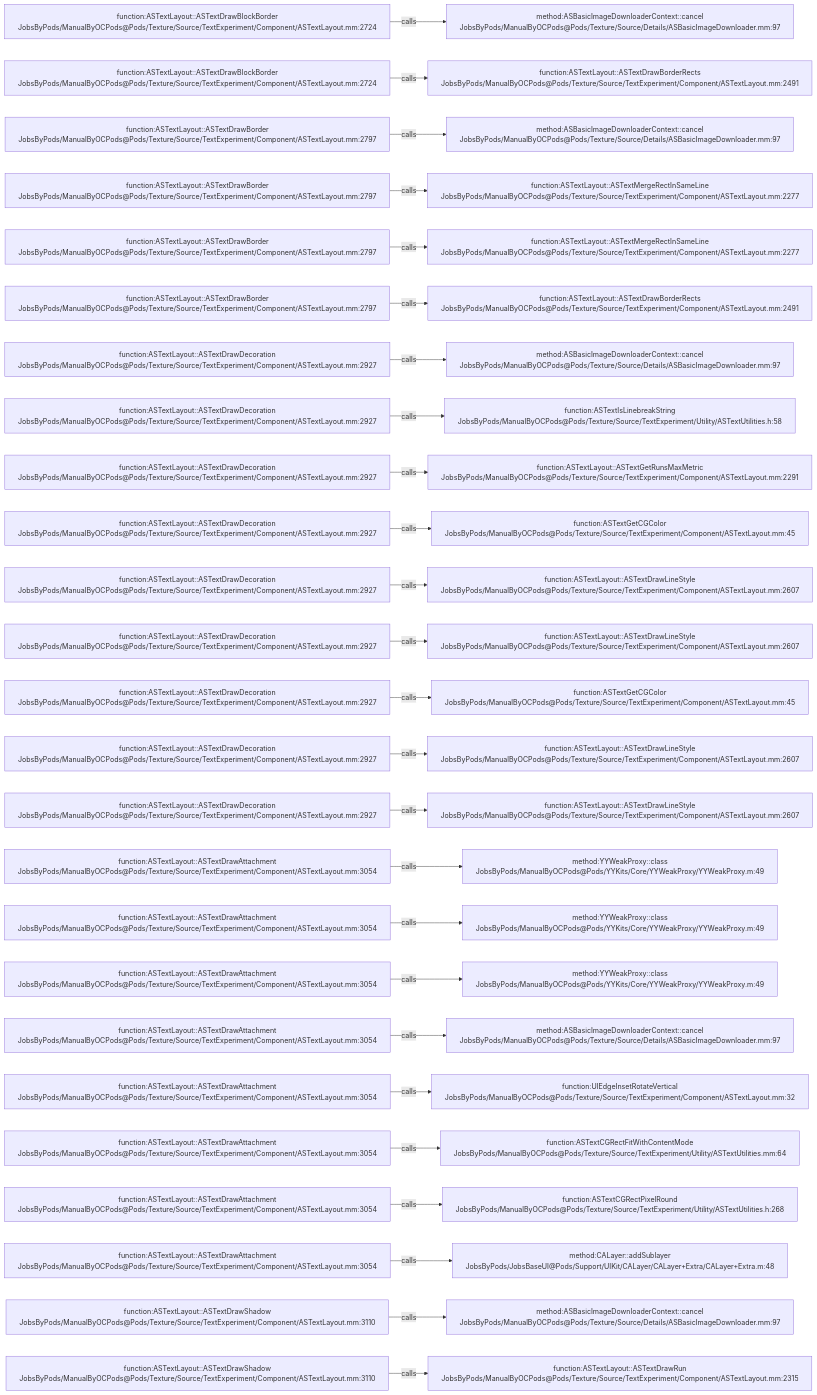
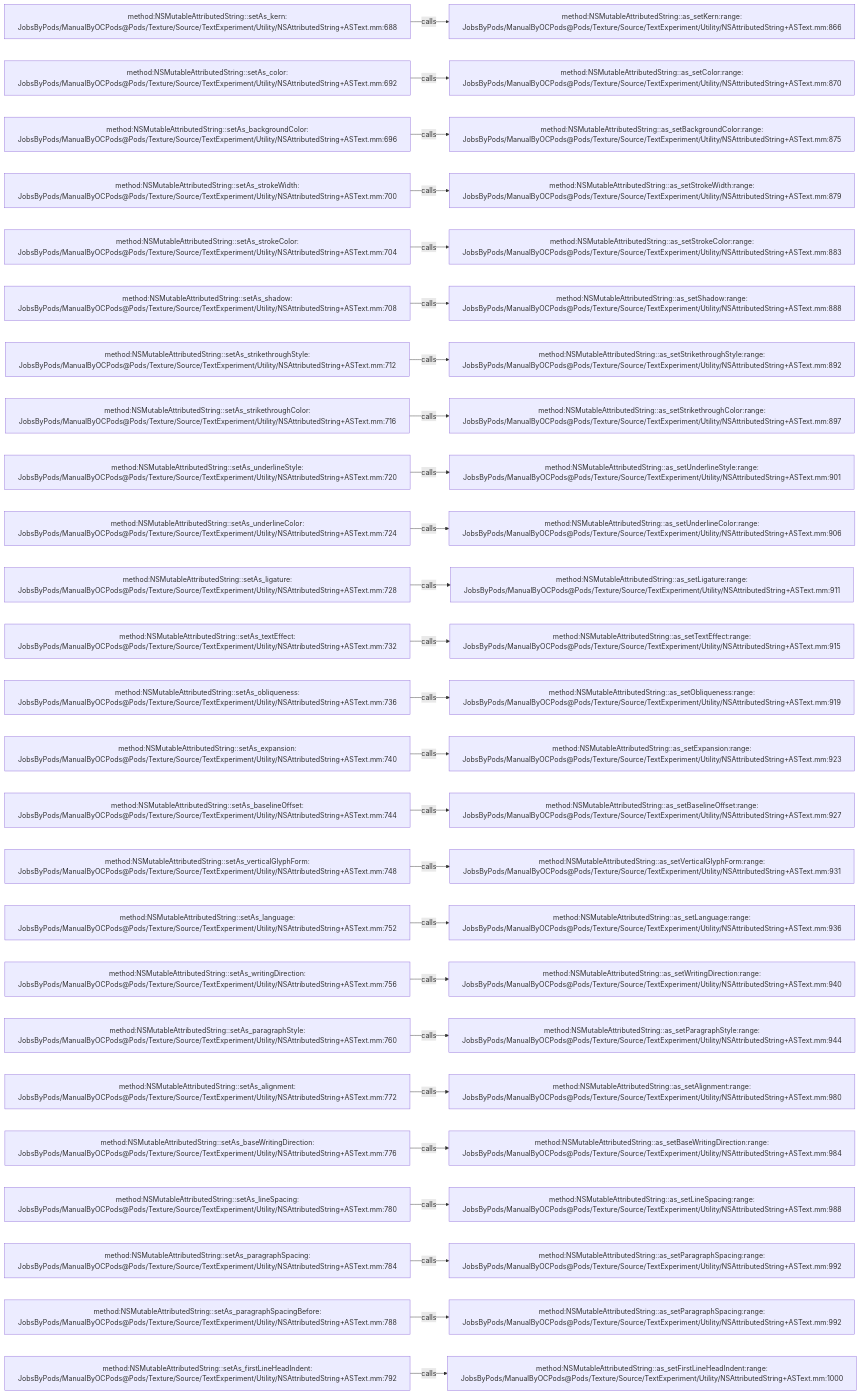
The diagram in .codegraph/codegraph.md/graphs/calls-197.md (JobsKits/JobsOCBaseConfigDemo), drawn with Mermaid before and after one commit. The commit also changed 2723 other files, not shown here.

````diff
--- a/.codegraph/codegraph.md/graphs/calls-197.md
+++ b/.codegraph/codegraph.md/graphs/calls-197.md
@@ -13,78 +13,78 @@
 ```mermaid
 flowchart LR
-  S1["function:ASTextLayout::ASTextDrawBlockBorder<br/>JobsByPods/ManualByOCPods@Pods/Texture/Source/TextExperiment/Component/ASTextLayout.mm:2724"]
-  T1["method:ASBasicImageDownloaderContext::cancel<br/>JobsByPods/ManualByOCPods@Pods/Texture/Source/Details/ASBasicImageDownloader.mm:97"]
+  S1["method:NSMutableAttributedString::setAs_kern:<br/>JobsByPods/ManualByOCPods@Pods/Texture/Source/TextExperiment/Utility/NSAttributedString+ASText.mm:688"]
+  T1["method:NSMutableAttributedString::as_setKern:range:<br/>JobsByPods/ManualByOCPods@Pods/Texture/Source/TextExperiment/Utility/NSAttributedString+ASText.mm:866"]
   S1 -->|calls| T1
-  S2["function:ASTextLayout::ASTextDrawBlockBorder<br/>JobsByPods/ManualByOCPods@Pods/Texture/Source/TextExperiment/Component/ASTextLayout.mm:2724"]
-  T2["function:ASTextLayout::ASTextDrawBorderRects<br/>JobsByPods/ManualByOCPods@Pods/Texture/Source/TextExperiment/Component/ASTextLayout.mm:2491"]
+  S2["method:NSMutableAttributedString::setAs_color:<br/>JobsByPods/ManualByOCPods@Pods/Texture/Source/TextExperiment/Utility/NSAttributedString+ASText.mm:692"]
+  T2["method:NSMutableAttributedString::as_setColor:range:<br/>JobsByPods/ManualByOCPods@Pods/Texture/Source/TextExperiment/Utility/NSAttributedString+ASText.mm:870"]
   S2 -->|calls| T2
-  S3["function:ASTextLayout::ASTextDrawBorder<br/>JobsByPods/ManualByOCPods@Pods/Texture/Source/TextExperiment/Component/ASTextLayout.mm:2797"]
-  T3["method:ASBasicImageDownloaderContext::cancel<br/>JobsByPods/ManualByOCPods@Pods/Texture/Source/Details/ASBasicImageDownloader.mm:97"]
+  S3["method:NSMutableAttributedString::setAs_backgroundColor:<br/>JobsByPods/ManualByOCPods@Pods/Texture/Source/TextExperiment/Utility/NSAttributedString+ASText.mm:696"]
+  T3["method:NSMutableAttributedString::as_setBackgroundColor:range:<br/>JobsByPods/ManualByOCPods@Pods/Texture/Source/TextExperiment/Utility/NSAttributedString+ASText.mm:875"]
   S3 -->|calls| T3
-  S4["function:ASTextLayout::ASTextDrawBorder<br/>JobsByPods/ManualByOCPods@Pods/Texture/Source/TextExperiment/Component/ASTextLayout.mm:2797"]
-  T4["function:ASTextLayout::ASTextMergeRectInSameLine<br/>JobsByPods/ManualByOCPods@Pods/Texture/Source/TextExperiment/Component/ASTextLayout.mm:2277"]
+  S4["method:NSMutableAttributedString::setAs_strokeWidth:<br/>JobsByPods/ManualByOCPods@Pods/Texture/Source/TextExperiment/Utility/NSAttributedString+ASText.mm:700"]
+  T4["method:NSMutableAttributedString::as_setStrokeWidth:range:<br/>JobsByPods/ManualByOCPods@Pods/Texture/Source/TextExperiment/Utility/NSAttributedString+ASText.mm:879"]
   S4 -->|calls| T4
-  S5["function:ASTextLayout::ASTextDrawBorder<br/>JobsByPods/ManualByOCPods@Pods/Texture/Source/TextExperiment/Component/ASTextLayout.mm:2797"]
-  T5["function:ASTextLayout::ASTextMergeRectInSameLine<br/>JobsByPods/ManualByOCPods@Pods/Texture/Source/TextExperiment/Component/ASTextLayout.mm:2277"]
+  S5["method:NSMutableAttributedString::setAs_strokeColor:<br/>JobsByPods/ManualByOCPods@Pods/Texture/Source/TextExperiment/Utility/NSAttributedString+ASText.mm:704"]
+  T5["method:NSMutableAttributedString::as_setStrokeColor:range:<br/>JobsByPods/ManualByOCPods@Pods/Texture/Source/TextExperiment/Utility/NSAttributedString+ASText.mm:883"]
   S5 -->|calls| T5
-  S6["function:ASTextLayout::ASTextDrawBorder<br/>JobsByPods/ManualByOCPods@Pods/Texture/Source/TextExperiment/Component/ASTextLayout.mm:2797"]
-  T6["function:ASTextLayout::ASTextDrawBorderRects<br/>JobsByPods/ManualByOCPods@Pods/Texture/Source/TextExperiment/Component/ASTextLayout.mm:2491"]
+  S6["method:NSMutableAttributedString::setAs_shadow:<br/>JobsByPods/ManualByOCPods@Pods/Texture/Source/TextExperiment/Utility/NSAttributedString+ASText.mm:708"]
+  T6["method:NSMutableAttributedString::as_setShadow:range:<br/>JobsByPods/ManualByOCPods@Pods/Texture/Source/TextExperiment/Utility/NSAttributedString+ASText.mm:888"]
   S6 -->|calls| T6
-  S7["function:ASTextLayout::ASTextDrawDecoration<br/>JobsByPods/ManualByOCPods@Pods/Texture/Source/TextExperiment/Component/ASTextLayout.mm:2927"]
-  T7["method:ASBasicImageDownloaderContext::cancel<br/>JobsByPods/ManualByOCPods@Pods/Texture/Source/Details/ASBasicImageDownloader.mm:97"]
+  S7["method:NSMutableAttributedString::setAs_strikethroughStyle:<br/>JobsByPods/ManualByOCPods@Pods/Texture/Source/TextExperiment/Utility/NSAttributedString+ASText.mm:712"]
+  T7["method:NSMutableAttributedString::as_setStrikethroughStyle:range:<br/>JobsByPods/ManualByOCPods@Pods/Texture/Source/TextExperiment/Utility/NSAttributedString+ASText.mm:892"]
   S7 -->|calls| T7
-  S8["function:ASTextLayout::ASTextDrawDecoration<br/>JobsByPods/ManualByOCPods@Pods/Texture/Source/TextExperiment/Component/ASTextLayout.mm:2927"]
-  T8["function:ASTextIsLinebreakString<br/>JobsByPods/ManualByOCPods@Pods/Texture/Source/TextExperiment/Utility/ASTextUtilities.h:58"]
+  S8["method:NSMutableAttributedString::setAs_strikethroughColor:<br/>JobsByPods/ManualByOCPods@Pods/Texture/Source/TextExperiment/Utility/NSAttributedString+ASText.mm:716"]
+  T8["method:NSMutableAttributedString::as_setStrikethroughColor:range:<br/>JobsByPods/ManualByOCPods@Pods/Texture/Source/TextExperiment/Utility/NSAttributedString+ASText.mm:897"]
   S8 -->|calls| T8
-  S9["function:ASTextLayout::ASTextDrawDecoration<br/>JobsByPods/ManualByOCPods@Pods/Texture/Source/TextExperiment/Component/ASTextLayout.mm:2927"]
-  T9["function:ASTextLayout::ASTextGetRunsMaxMetric<br/>JobsByPods/ManualByOCPods@Pods/Texture/Source/TextExperiment/Component/ASTextLayout.mm:2291"]
+  S9["method:NSMutableAttributedString::setAs_underlineStyle:<br/>JobsByPods/ManualByOCPods@Pods/Texture/Source/TextExperiment/Utility/NSAttributedString+ASText.mm:720"]
+  T9["method:NSMutableAttributedString::as_setUnderlineStyle:range:<br/>JobsByPods/ManualByOCPods@Pods/Texture/Source/TextExperiment/Utility/NSAttributedString+ASText.mm:901"]
   S9 -->|calls| T9
-  S10["function:ASTextLayout::ASTextDrawDecoration<br/>JobsByPods/ManualByOCPods@Pods/Texture/Source/TextExperiment/Component/ASTextLayout.mm:2927"]
-  T10["function:ASTextGetCGColor<br/>JobsByPods/ManualByOCPods@Pods/Texture/Source/TextExperiment/Component/ASTextLayout.mm:45"]
+  S10["method:NSMutableAttributedString::setAs_underlineColor:<br/>JobsByPods/ManualByOCPods@Pods/Texture/Source/TextExperiment/Utility/NSAttributedString+ASText.mm:724"]
+  T10["method:NSMutableAttributedString::as_setUnderlineColor:range:<br/>JobsByPods/ManualByOCPods@Pods/Texture/Source/TextExperiment/Utility/NSAttributedString+ASText.mm:906"]
   S10 -->|calls| T10
-  S11["function:ASTextLayout::ASTextDrawDecoration<br/>JobsByPods/ManualByOCPods@Pods/Texture/Source/TextExperiment/Component/ASTextLayout.mm:2927"]
-  T11["function:ASTextLayout::ASTextDrawLineStyle<br/>JobsByPods/ManualByOCPods@Pods/Texture/Source/TextExperiment/Component/ASTextLayout.mm:2607"]
+  S11["method:NSMutableAttributedString::setAs_ligature:<br/>JobsByPods/ManualByOCPods@Pods/Texture/Source/TextExperiment/Utility/NSAttributedString+ASText.mm:728"]
+  T11["method:NSMutableAttributedString::as_setLigature:range:<br/>JobsByPods/ManualByOCPods@Pods/Texture/Source/TextExperiment/Utility/NSAttributedString+ASText.mm:911"]
   S11 -->|calls| T11
-  S12["function:ASTextLayout::ASTextDrawDecoration<br/>JobsByPods/ManualByOCPods@Pods/Texture/Source/TextExperiment/Component/ASTextLayout.mm:2927"]
-  T12["function:ASTextLayout::ASTextDrawLineStyle<br/>JobsByPods/ManualByOCPods@Pods/Texture/Source/TextExperiment/Component/ASTextLayout.mm:2607"]
+  S12["method:NSMutableAttributedString::setAs_textEffect:<br/>JobsByPods/ManualByOCPods@Pods/Texture/Source/TextExperiment/Utility/NSAttributedString+ASText.mm:732"]
+  T12["method:NSMutableAttributedString::as_setTextEffect:range:<br/>JobsByPods/ManualByOCPods@Pods/Texture/Source/TextExperiment/Utility/NSAttributedString+ASText.mm:915"]
   S12 -->|calls| T12
-  S13["function:ASTextLayout::ASTextDrawDecoration<br/>JobsByPods/ManualByOCPods@Pods/Texture/Source/TextExperiment/Component/ASTextLayout.mm:2927"]
-  T13["function:ASTextGetCGColor<br/>JobsByPods/ManualByOCPods@Pods/Texture/Source/TextExperiment/Component/ASTextLayout.mm:45"]
+  S13["method:NSMutableAttributedString::setAs_obliqueness:<br/>JobsByPods/ManualByOCPods@Pods/Texture/Source/TextExperiment/Utility/NSAttributedString+ASText.mm:736"]
+  T13["method:NSMutableAttributedString::as_setObliqueness:range:<br/>JobsByPods/ManualByOCPods@Pods/Texture/Source/TextExperiment/Utility/NSAttributedString+ASText.mm:919"]
   S13 -->|calls| T13
-  S14["function:ASTextLayout::ASTextDrawDecoration<br/>JobsByPods/ManualByOCPods@Pods/Texture/Source/TextExperiment/Component/ASTextLayout.mm:2927"]
-  T14["function:ASTextLayout::ASTextDrawLineStyle<br/>JobsByPods/ManualByOCPods@Pods/Texture/Source/TextExperiment/Component/ASTextLayout.mm:2607"]
+  S14["method:NSMutableAttributedString::setAs_expansion:<br/>JobsByPods/ManualByOCPods@Pods/Texture/Source/TextExperiment/Utility/NSAttributedString+ASText.mm:740"]
+  T14["method:NSMutableAttributedString::as_setExpansion:range:<br/>JobsByPods/ManualByOCPods@Pods/Texture/Source/TextExperiment/Utility/NSAttributedString+ASText.mm:923"]
   S14 -->|calls| T14
-  S15["function:ASTextLayout::ASTextDrawDecoration<br/>JobsByPods/ManualByOCPods@Pods/Texture/Source/TextExperiment/Component/ASTextLayout.mm:2927"]
-  T15["function:ASTextLayout::ASTextDrawLineStyle<br/>JobsByPods/ManualByOCPods@Pods/Texture/Source/TextExperiment/Component/ASTextLayout.mm:2607"]
+  S15["method:NSMutableAttributedString::setAs_baselineOffset:<br/>JobsByPods/ManualByOCPods@Pods/Texture/Source/TextExperiment/Utility/NSAttributedString+ASText.mm:744"]
+  T15["method:NSMutableAttributedString::as_setBaselineOffset:range:<br/>JobsByPods/ManualByOCPods@Pods/Texture/Source/TextExperiment/Utility/NSAttributedString+ASText.mm:927"]
   S15 -->|calls| T15
-  S16["function:ASTextLayout::ASTextDrawAttachment<br/>JobsByPods/ManualByOCPods@Pods/Texture/Source/TextExperiment/Component/ASTextLayout.mm:3054"]
-  T16["method:YYWeakProxy::class<br/>JobsByPods/ManualByOCPods@Pods/YYKits/Core/YYWeakProxy/YYWeakProxy.m:49"]
+  S16["method:NSMutableAttributedString::setAs_verticalGlyphForm:<br/>JobsByPods/ManualByOCPods@Pods/Texture/Source/TextExperiment/Utility/NSAttributedString+ASText.mm:748"]
+  T16["method:NSMutableAttributedString::as_setVerticalGlyphForm:range:<br/>JobsByPods/ManualByOCPods@Pods/Texture/Source/TextExperiment/Utility/NSAttributedString+ASText.mm:931"]
   S16 -->|calls| T16
-  S17["function:ASTextLayout::ASTextDrawAttachment<br/>JobsByPods/ManualByOCPods@Pods/Texture/Source/TextExperiment/Component/ASTextLayout.mm:3054"]
-  T17["method:YYWeakProxy::class<br/>JobsByPods/ManualByOCPods@Pods/YYKits/Core/YYWeakProxy/YYWeakProxy.m:49"]
+  S17["method:NSMutableAttributedString::setAs_language:<br/>JobsByPods/ManualByOCPods@Pods/Texture/Source/TextExperiment/Utility/NSAttributedString+ASText.mm:752"]
+  T17["method:NSMutableAttributedString::as_setLanguage:range:<br/>JobsByPods/ManualByOCPods@Pods/Texture/Source/TextExperiment/Utility/NSAttributedString+ASText.mm:936"]
   S17 -->|calls| T17
-  S18["function:ASTextLayout::ASTextDrawAttachment<br/>JobsByPods/ManualByOCPods@Pods/Texture/Source/TextExperiment/Component/ASTextLayout.mm:3054"]
-  T18["method:YYWeakProxy::class<br/>JobsByPods/ManualByOCPods@Pods/YYKits/Core/YYWeakProxy/YYWeakProxy.m:49"]
+  S18["method:NSMutableAttributedString::setAs_writingDirection:<br/>JobsByPods/ManualByOCPods@Pods/Texture/Source/TextExperiment/Utility/NSAttributedString+ASText.mm:756"]
+  T18["method:NSMutableAttributedString::as_setWritingDirection:range:<br/>JobsByPods/ManualByOCPods@Pods/Texture/Source/TextExperiment/Utility/NSAttributedString+ASText.mm:940"]
   S18 -->|calls| T18
-  S19["function:ASTextLayout::ASTextDrawAttachment<br/>JobsByPods/ManualByOCPods@Pods/Texture/Source/TextExperiment/Component/ASTextLayout.mm:3054"]
-  T19["method:ASBasicImageDownloaderContext::cancel<br/>JobsByPods/ManualByOCPods@Pods/Texture/Source/Details/ASBasicImageDownloader.mm:97"]
+  S19["method:NSMutableAttributedString::setAs_paragraphStyle:<br/>JobsByPods/ManualByOCPods@Pods/Texture/Source/TextExperiment/Utility/NSAttributedString+ASText.mm:760"]
+  T19["method:NSMutableAttributedString::as_setParagraphStyle:range:<br/>JobsByPods/ManualByOCPods@Pods/Texture/Source/TextExperiment/Utility/NSAttributedString+ASText.mm:944"]
   S19 -->|calls| T19
-  S20["function:ASTextLayout::ASTextDrawAttachment<br/>JobsByPods/ManualByOCPods@Pods/Texture/Source/TextExperiment/Component/ASTextLayout.mm:3054"]
-  T20["function:UIEdgeInsetRotateVertical<br/>JobsByPods/ManualByOCPods@Pods/Texture/Source/TextExperiment/Component/ASTextLayout.mm:32"]
+  S20["method:NSMutableAttributedString::setAs_alignment:<br/>JobsByPods/ManualByOCPods@Pods/Texture/Source/TextExperiment/Utility/NSAttributedString+ASText.mm:772"]
+  T20["method:NSMutableAttributedString::as_setAlignment:range:<br/>JobsByPods/ManualByOCPods@Pods/Texture/Source/TextExperiment/Utility/NSAttributedString+ASText.mm:980"]
   S20 -->|calls| T20
-  S21["function:ASTextLayout::ASTextDrawAttachment<br/>JobsByPods/ManualByOCPods@Pods/Texture/Source/TextExperiment/Component/ASTextLayout.mm:3054"]
-  T21["function:ASTextCGRectFitWithContentMode<br/>JobsByPods/ManualByOCPods@Pods/Texture/Source/TextExperiment/Utility/ASTextUtilities.mm:64"]
+  S21["method:NSMutableAttributedString::setAs_baseWritingDirection:<br/>JobsByPods/ManualByOCPods@Pods/Texture/Source/TextExperiment/Utility/NSAttributedString+ASText.mm:776"]
+  T21["method:NSMutableAttributedString::as_setBaseWritingDirection:range:<br/>JobsByPods/ManualByOCPods@Pods/Texture/Source/TextExperiment/Utility/NSAttributedString+ASText.mm:984"]
   S21 -->|calls| T21
-  S22["function:ASTextLayout::ASTextDrawAttachment<br/>JobsByPods/ManualByOCPods@Pods/Texture/Source/TextExperiment/Component/ASTextLayout.mm:3054"]
-  T22["function:ASTextCGRectPixelRound<br/>JobsByPods/ManualByOCPods@Pods/Texture/Source/TextExperiment/Utility/ASTextUtilities.h:268"]
+  S22["method:NSMutableAttributedString::setAs_lineSpacing:<br/>JobsByPods/ManualByOCPods@Pods/Texture/Source/TextExperiment/Utility/NSAttributedString+ASText.mm:780"]
+  T22["method:NSMutableAttributedString::as_setLineSpacing:range:<br/>JobsByPods/ManualByOCPods@Pods/Texture/Source/TextExperiment/Utility/NSAttributedString+ASText.mm:988"]
   S22 -->|calls| T22
-  S23["function:ASTextLayout::ASTextDrawAttachment<br/>JobsByPods/ManualByOCPods@Pods/Texture/Source/TextExperiment/Component/ASTextLayout.mm:3054"]
-  T23["method:CALayer::addSublayer<br/>JobsByPods/JobsBaseUI@Pods/Support/UIKit/CALayer/CALayer+Extra/CALayer+Extra.m:48"]
+  S23["method:NSMutableAttributedString::setAs_paragraphSpacing:<br/>JobsByPods/ManualByOCPods@Pods/Texture/Source/TextExperiment/Utility/NSAttributedString+ASText.mm:784"]
+  T23["method:NSMutableAttributedString::as_setParagraphSpacing:range:<br/>JobsByPods/ManualByOCPods@Pods/Texture/Source/TextExperiment/Utility/NSAttributedString+ASText.mm:992"]
   S23 -->|calls| T23
-  S24["function:ASTextLayout::ASTextDrawShadow<br/>JobsByPods/ManualByOCPods@Pods/Texture/Source/TextExperiment/Component/ASTextLayout.mm:3110"]
-  T24["method:ASBasicImageDownloaderContext::cancel<br/>JobsByPods/ManualByOCPods@Pods/Texture/Source/Details/ASBasicImageDownloader.mm:97"]
+  S24["method:NSMutableAttributedString::setAs_paragraphSpacingBefore:<br/>JobsByPods/ManualByOCPods@Pods/Texture/Source/TextExperiment/Utility/NSAttributedString+ASText.mm:788"]
+  T24["method:NSMutableAttributedString::as_setParagraphSpacing:range:<br/>JobsByPods/ManualByOCPods@Pods/Texture/Source/TextExperiment/Utility/NSAttributedString+ASText.mm:992"]
   S24 -->|calls| T24
-  S25["function:ASTextLayout::ASTextDrawShadow<br/>JobsByPods/ManualByOCPods@Pods/Texture/Source/TextExperiment/Component/ASTextLayout.mm:3110"]
-  T25["function:ASTextLayout::ASTextDrawRun<br/>JobsByPods/ManualByOCPods@Pods/Texture/Source/TextExperiment/Component/ASTextLayout.mm:2315"]
+  S25["method:NSMutableAttributedString::setAs_firstLineHeadIndent:<br/>JobsByPods/ManualByOCPods@Pods/Texture/Source/TextExperiment/Utility/NSAttributedString+ASText.mm:792"]
+  T25["method:NSMutableAttributedString::as_setFirstLineHeadIndent:range:<br/>JobsByPods/ManualByOCPods@Pods/Texture/Source/TextExperiment/Utility/NSAttributedString+ASText.mm:1000"]
   S25 -->|calls| T25
 ```
````
